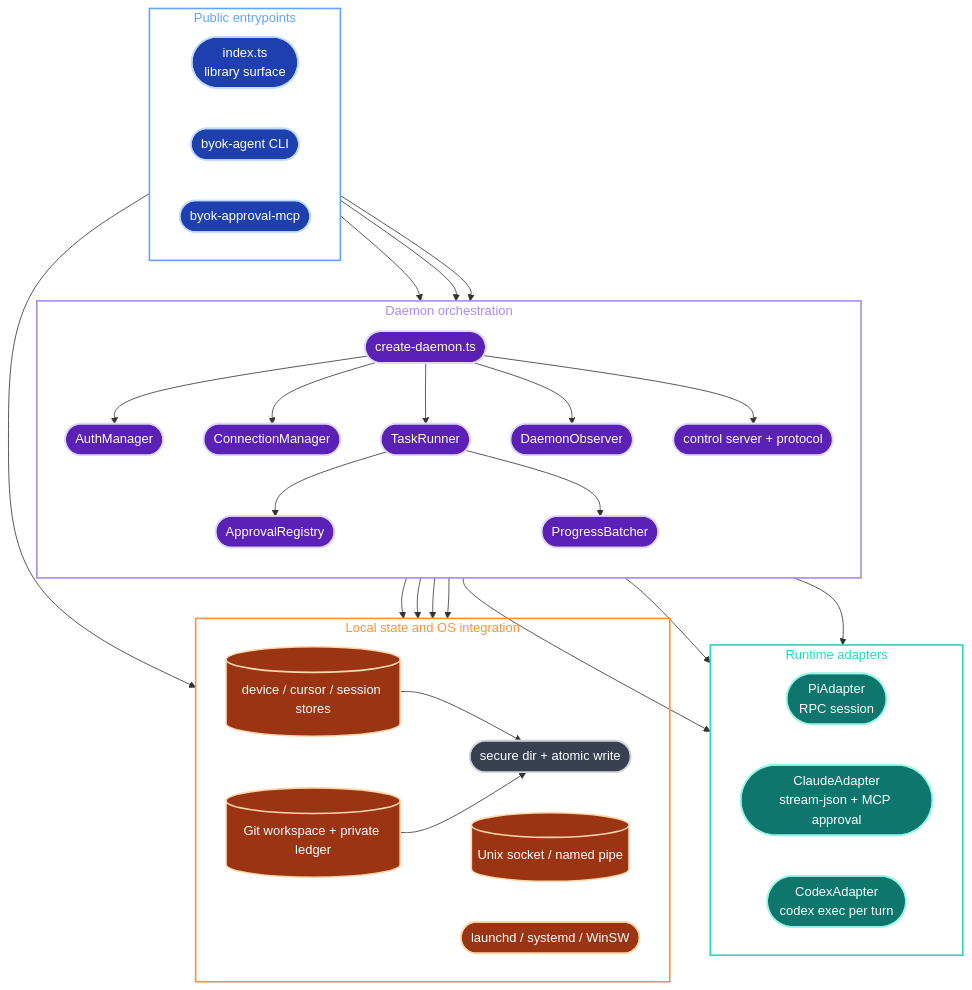
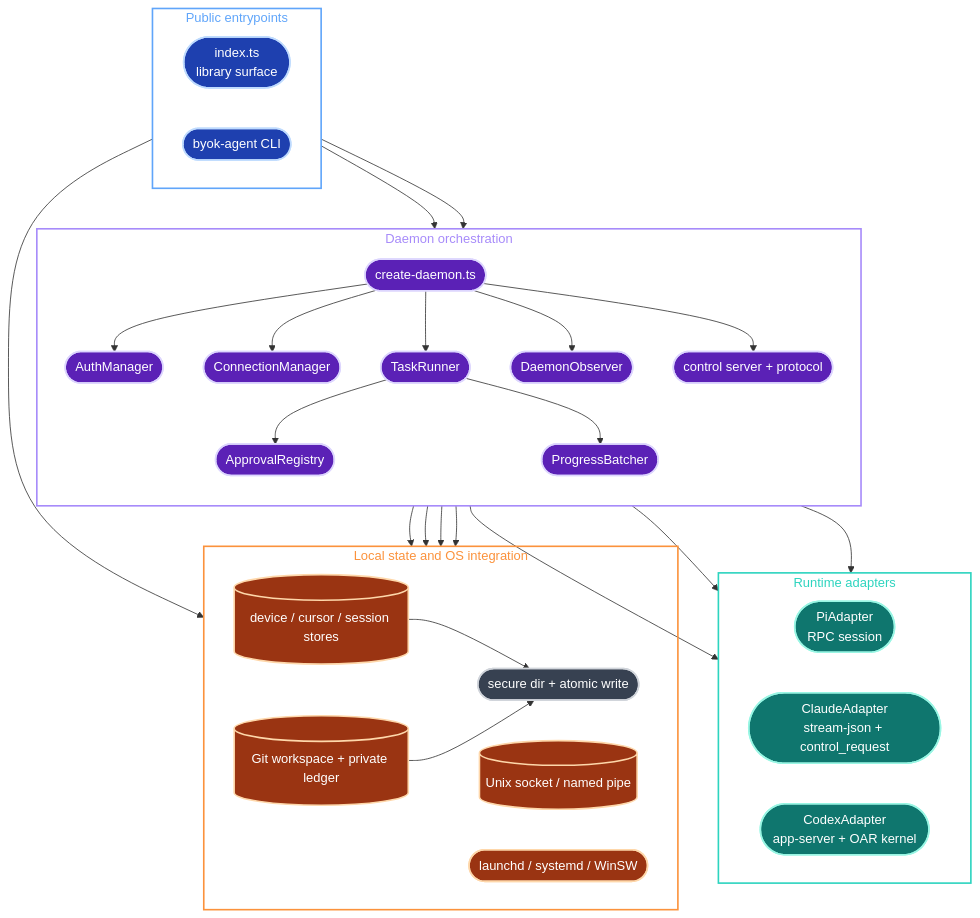
The sixth of 22 diagrams in docs/architecture/sdk-architecture.md (Ancienttwo/byok-sdk), drawn with Mermaid before and after one commit. The commit also changed other lines of this file and 22 other files, not shown here.

Commit message:
docs: align docs and changelog with app-server Codex, remove Claude confirm remnants

````diff
--- a/docs/architecture/sdk-architecture.md
+++ b/docs/architecture/sdk-architecture.md
@@ -433,69 +432,67 @@
 ```mermaid
 flowchart TB
   classDef cli fill:#1e40af,stroke:#bfdbfe,stroke-width:2px,color:#fff
   classDef daemon fill:#5b21b6,stroke:#ddd6fe,stroke-width:2px,color:#fff
   classDef adapter fill:#0f766e,stroke:#99f6e4,stroke-width:2px,color:#fff
   classDef local fill:#9a3412,stroke:#fed7aa,stroke-width:2px,color:#fff
   classDef utility fill:#374151,stroke:#d1d5db,stroke-width:2px,color:#fff
 
   subgraph Entry["Public entrypoints"]
     direction LR
     API(["index.ts<br/>library surface"]):::cli
     AgentCLI(["byok-agent CLI"]):::cli
-    ApprovalCLI(["byok-approval-mcp"]):::cli
   end
 
   subgraph Core["Daemon orchestration"]
     direction TB
     Create(["create-daemon.ts"]):::daemon
     Auth(["AuthManager"]):::daemon
     Conn(["ConnectionManager"]):::daemon
     Runner(["TaskRunner"]):::daemon
     Observer(["DaemonObserver"]):::daemon
     Control(["control server + protocol"]):::daemon
     Approval(["ApprovalRegistry"]):::daemon
     Batch(["ProgressBatcher"]):::daemon
   end
 
   subgraph Runtime["Runtime adapters"]
     direction LR
     Pi(["PiAdapter<br/>RPC session"]):::adapter
-    Claude(["ClaudeAdapter<br/>stream-json + MCP approval"]):::adapter
-    Codex(["CodexAdapter<br/>codex exec per turn"]):::adapter
+    Claude(["ClaudeAdapter<br/>stream-json + control_request"]):::adapter
+    Codex(["CodexAdapter<br/>app-server + OAR kernel"]):::adapter
   end
 
   subgraph Local["Local state and OS integration"]
     direction LR
     Stores[("device / cursor / session stores")]:::local
     Git[("Git workspace + private ledger")]:::local
     IPC[("Unix socket / named pipe")]:::local
     Service(["launchd / systemd / WinSW"]):::local
     Secure(["secure dir + atomic write"]):::utility
   end
 
   API --> Create
   AgentCLI --> Create
   AgentCLI --> Service
-  ApprovalCLI --> Control
   Create --> Auth
   Create --> Conn
   Create --> Runner
   Create --> Observer
   Create --> Control
   Runner --> Approval
   Runner --> Batch
   Runner --> Pi
   Runner --> Claude
   Runner --> Codex
   Auth --> Stores
   Conn --> Stores
   Runner --> Git
   Control --> IPC
   Stores --> Secure
   Git --> Secure
 
   style Entry fill:none,stroke:#60a5fa,stroke-width:2px,color:#60a5fa
   style Core fill:none,stroke:#a78bfa,stroke-width:2px,color:#a78bfa
   style Runtime fill:none,stroke:#2dd4bf,stroke-width:2px,color:#2dd4bf
   style Local fill:none,stroke:#fb923c,stroke-width:2px,color:#fb923c
 ```
````
